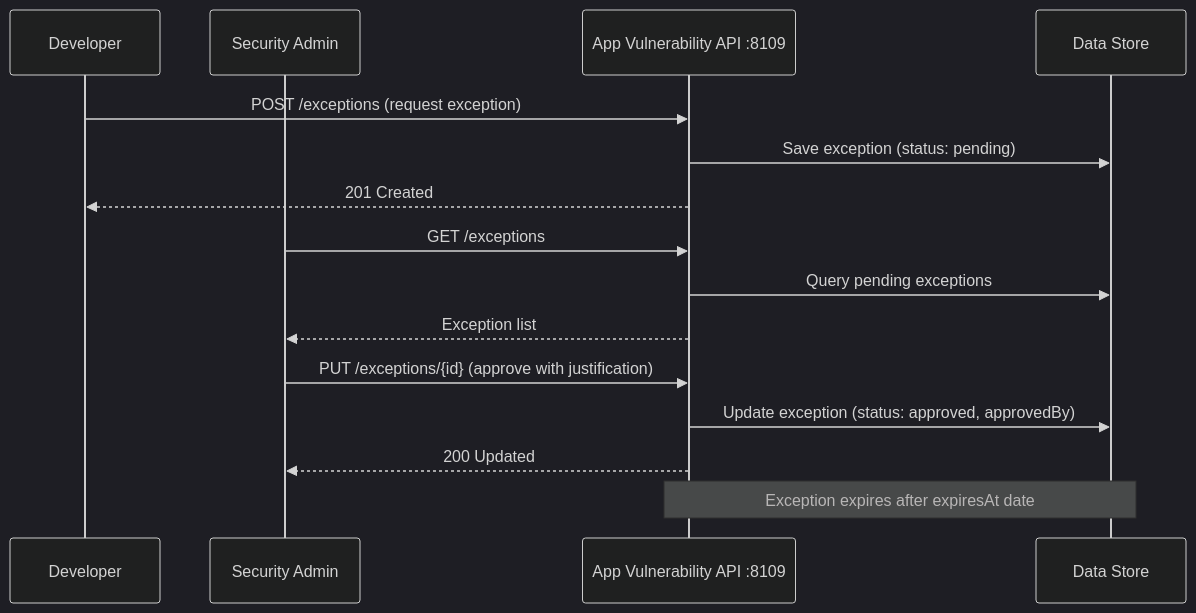
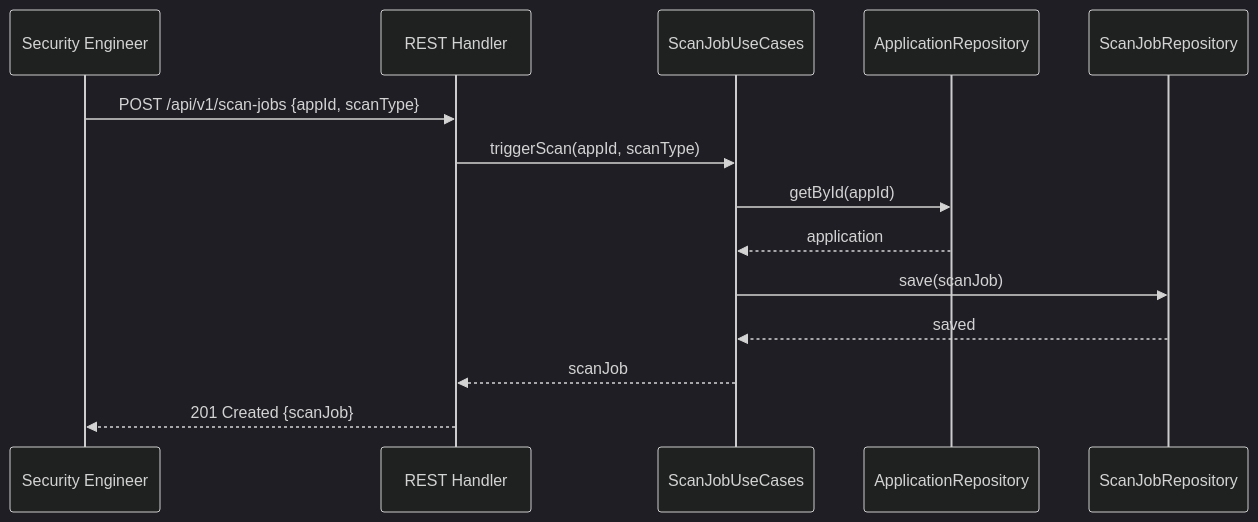
Before and after one commit to UIMSolutions/uim-platform: the third of 3 diagrams in application-vulnerability/UML.md, drawn with Mermaid (dark theme). The commit also changed other lines of this file and 128 other files, not shown here.

Commit message:
Refactor UML documentation for Task Center and Transport services; streamline class diagrams, sequence diagrams, and component diagrams for clarity and consistency. Update NAFv4 architecture description to enhance structure and readability. Adjust container module imports for better organization.

````diff
--- a/application-vulnerability/UML.md
+++ b/application-vulnerability/UML.md
@@ -400,21 +111,17 @@
 ```mermaid
 sequenceDiagram
-    participant DEV as Developer
-    participant SEC as Security Admin
-    participant API as App Vulnerability API :8109
-    participant DB as Data Store
+    participant S as Security Engineer
+    participant R as REST Handler
+    participant UC as ScanJobUseCases
+    participant AR as ApplicationRepository
+    participant SR as ScanJobRepository
 
-    DEV->>API: POST /exceptions (request exception)
-    API->>DB: Save exception (status: pending)
-    API-->>DEV: 201 Created
-
-    SEC->>API: GET /exceptions
-    API->>DB: Query pending exceptions
-    API-->>SEC: Exception list
-
-    SEC->>API: PUT /exceptions/{id} (approve with justification)
-    API->>DB: Update exception (status: approved, approvedBy)
-    API-->>SEC: 200 Updated
-
-    Note over API,DB: Exception expires after expiresAt date
+    S->>R: POST /api/v1/scan-jobs {appId, scanType}
+    R->>UC: triggerScan(appId, scanType)
+    UC->>AR: getById(appId)
+    AR-->>UC: application
+    UC->>SR: save(scanJob)
+    SR-->>UC: saved
+    UC-->>R: scanJob
+    R-->>S: 201 Created {scanJob}
 ```
````
